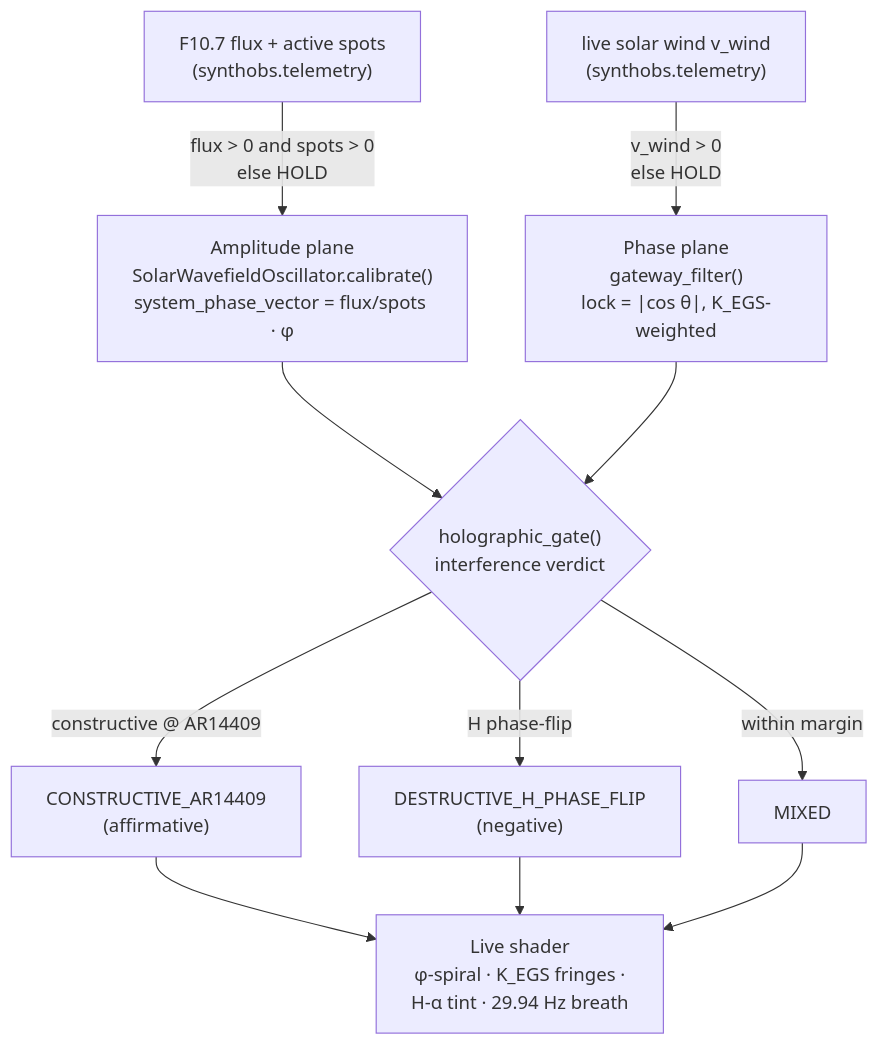
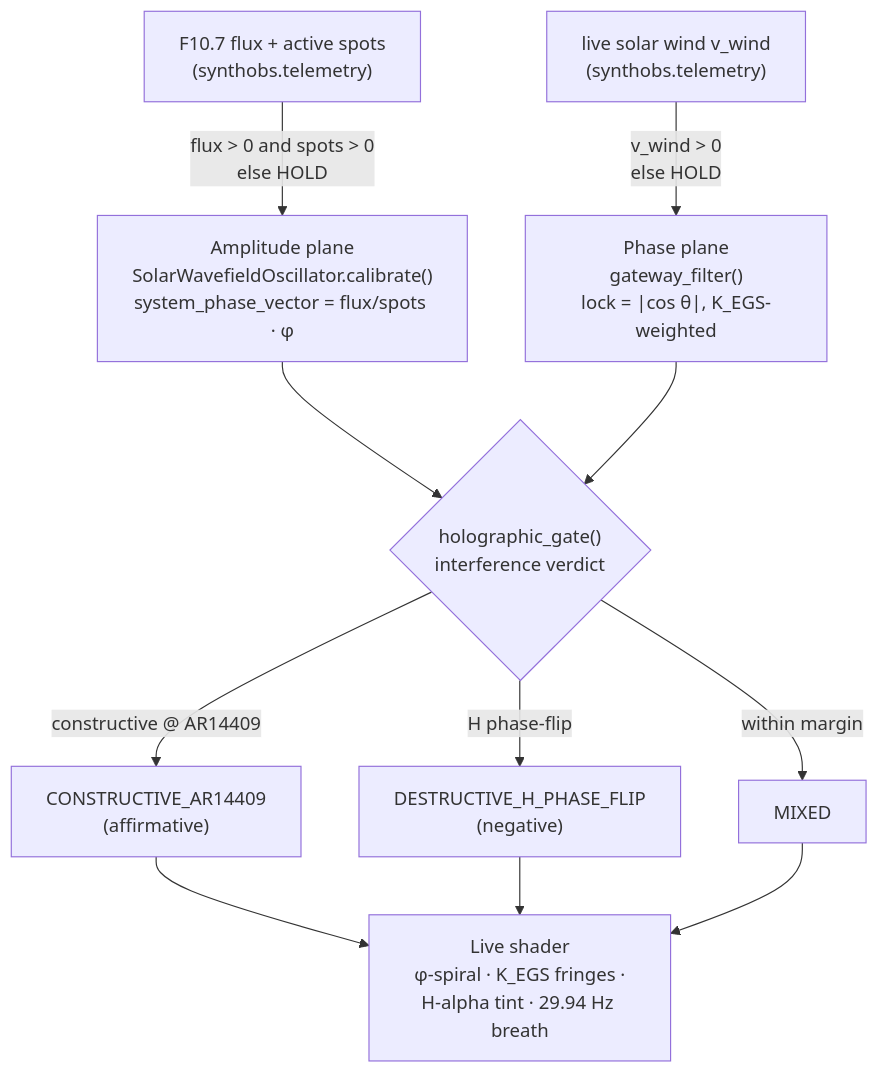
The diagram in manuscript/05_swo.md (docxology/SynthOBS), drawn with Mermaid before and after one commit. The commit also changed other lines of this file and 90 other files, not shown here.

````diff
--- a/manuscript/05_swo.md
+++ b/manuscript/05_swo.md
@@ -113,20 +118,20 @@
 ```mermaid
 flowchart TB
     F107["F10.7 flux + active spots<br/>(synthobs.telemetry)"]
     WIND["live solar wind v_wind<br/>(synthobs.telemetry)"]
 
     F107 -->|"flux &gt; 0 and spots &gt; 0<br/>else HOLD"| AMP["Amplitude plane<br/>SolarWavefieldOscillator.calibrate()<br/>system_phase_vector = flux/spots · φ"]
     WIND -->|"v_wind &gt; 0<br/>else HOLD"| PHASE["Phase plane<br/>gateway_filter()<br/>lock = |cos θ|, K_EGS-weighted"]
 
     AMP --> GATE
     PHASE --> GATE
 
     GATE{"holographic_gate()<br/>interference verdict"}
     GATE -->|"constructive @ AR14409"| TRUE["CONSTRUCTIVE_AR14409<br/>(affirmative)"]
     GATE -->|"H phase-flip"| FALSE["DESTRUCTIVE_H_PHASE_FLIP<br/>(negative)"]
     GATE -->|"within margin"| MIX["MIXED"]
 
-    TRUE --> SHADER["Live shader<br/>φ-spiral · K_EGS fringes ·<br/>H-α tint · 29.94 Hz breath"]
+    TRUE --> SHADER["Live shader<br/>φ-spiral · K_EGS fringes ·<br/>H-alpha tint · 29.94 Hz breath"]
     FALSE --> SHADER
     MIX --> SHADER
 ```
````
